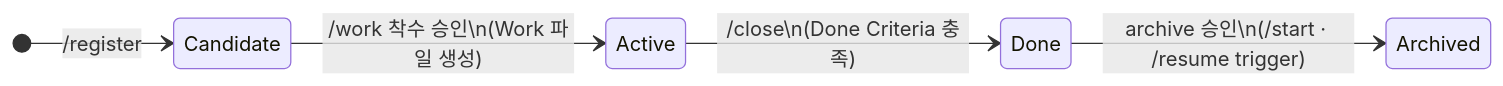
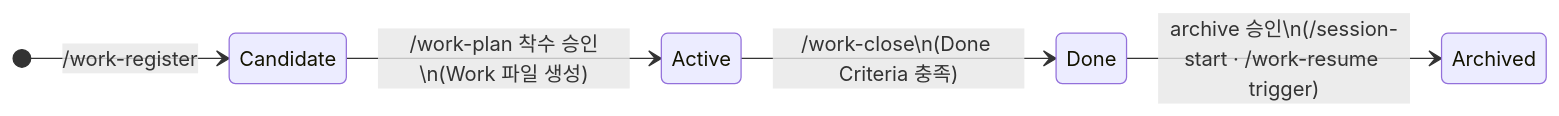
One commit to kyungseo/ai-workflow-harness changed the ninth of 9 diagrams in docs/HARNESS-ARCHITECTURE.md. Above: the diagram before and after it, drawn with Mermaid. The commit also changed other lines of this file and 83 other files, not shown here.

````diff
--- a/docs/HARNESS-ARCHITECTURE.md
+++ b/docs/HARNESS-ARCHITECTURE.md
@@ -266,8 +266,8 @@
 ```mermaid
 stateDiagram-v2
     direction LR
-    [*] --> Candidate : /register
-    Candidate --> Active : /work 착수 승인\n(Work 파일 생성)
-    Active --> Done : /close\n(Done Criteria 충족)
-    Done --> Archived : archive 승인\n(/start · /resume trigger)
+    [*] --> Candidate : /work-register
+    Candidate --> Active : /work-plan 착수 승인\n(Work 파일 생성)
+    Active --> Done : /work-close\n(Done Criteria 충족)
+    Done --> Archived : archive 승인\n(/session-start · /work-resume trigger)
 ```
````
